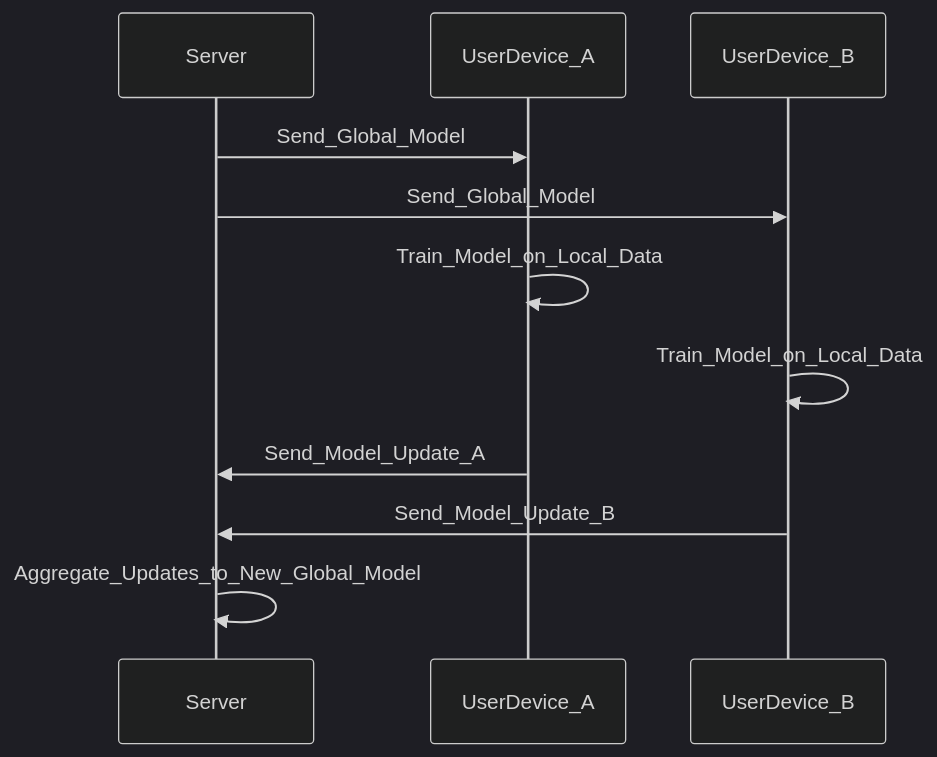
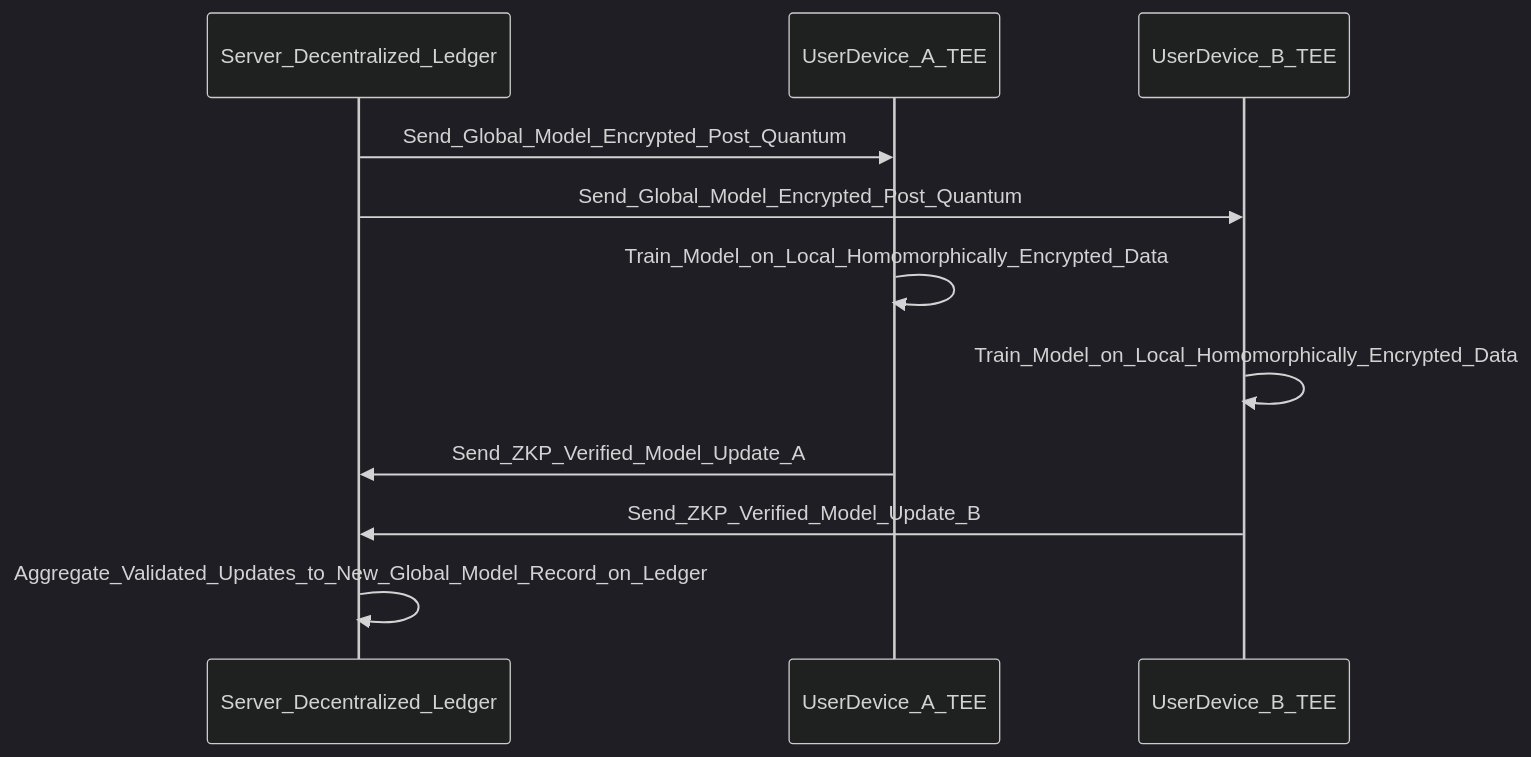
One commit to diplomat-bit/Citibank_Demo_Business_Inc_Demonstration- changed the ninth of 10 diagrams in inventions/106_ai_agent_for_personal_life_optimization.md. Above: the diagram before and after it, drawn with Mermaid (dark theme). The commit also changed other lines of this file, not shown here.

````diff
--- a/inventions/106_ai_agent_for_personal_life_optimization.md
+++ b/inventions/106_ai_agent_for_personal_life_optimization.md
@@ -352,14 +424,14 @@
 ```mermaid
 sequenceDiagram
-    participant Server
-    participant UserDevice_A
-    participant UserDevice_B
+    participant Server_Decentralized_Ledger
+    participant UserDevice_A_TEE
+    participant UserDevice_B_TEE
 
-    Server->>UserDevice_A: Send_Global_Model
-    Server->>UserDevice_B: Send_Global_Model
-    UserDevice_A->>UserDevice_A: Train_Model_on_Local_Data
-    UserDevice_B->>UserDevice_B: Train_Model_on_Local_Data
-    UserDevice_A->>Server: Send_Model_Update_A
-    UserDevice_B->>Server: Send_Model_Update_B
-    Server->>Server: Aggregate_Updates_to_New_Global_Model
+    Server_Decentralized_Ledger->>UserDevice_A_TEE: Send_Global_Model_Encrypted_Post_Quantum
+    Server_Decentralized_Ledger->>UserDevice_B_TEE: Send_Global_Model_Encrypted_Post_Quantum
+    UserDevice_A_TEE->>UserDevice_A_TEE: Train_Model_on_Local_Homomorphically_Encrypted_Data
+    UserDevice_B_TEE->>UserDevice_B_TEE: Train_Model_on_Local_Homomorphically_Encrypted_Data
+    UserDevice_A_TEE->>Server_Decentralized_Ledger: Send_ZKP_Verified_Model_Update_A
+    UserDevice_B_TEE->>Server_Decentralized_Ledger: Send_ZKP_Verified_Model_Update_B
+    Server_Decentralized_Ledger->>Server_Decentralized_Ledger: Aggregate_Validated_Updates_to_New_Global_Model_Record_on_Ledger
 ```
````
